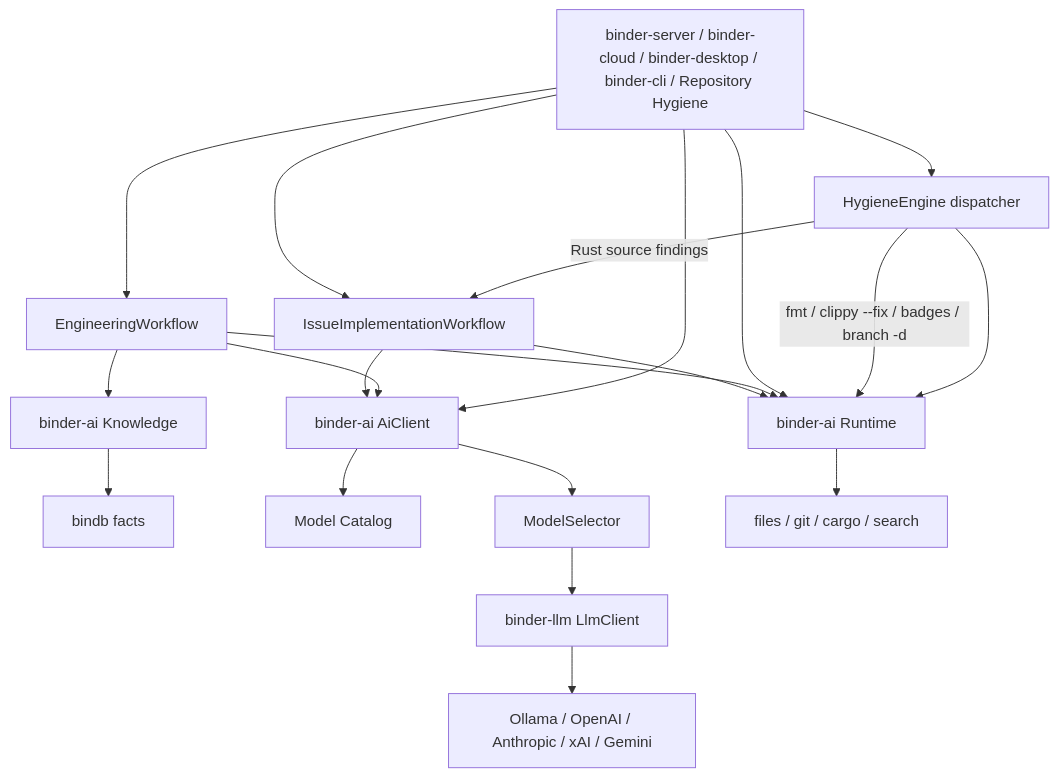
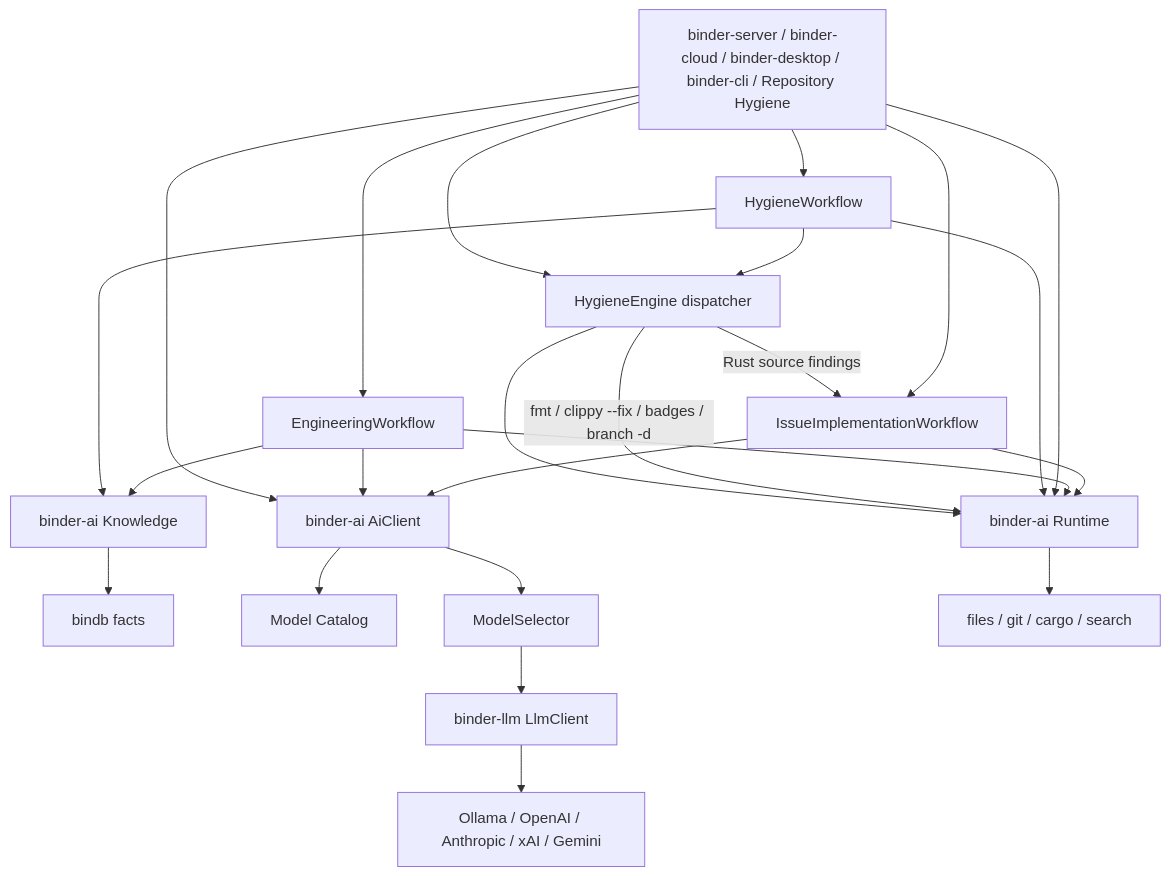
Before and after one commit to dpkimball/binder-ai: the diagram in docs/as-built/architecture.md, drawn with Mermaid. The commit also changed other lines of this file and 20 other files, not shown here.

````diff
--- a/docs/as-built/architecture.md
+++ b/docs/as-built/architecture.md
@@ -5,35 +5,40 @@
 ```mermaid
 flowchart TD
   apps["binder-server / binder-cloud / binder-desktop / binder-cli / Repository Hygiene"]
   ai["binder-ai AiClient"]
   runtime["binder-ai Runtime"]
   knowledge["binder-ai Knowledge"]
   bindb["bindb facts"]
   hygiene["HygieneEngine dispatcher"]
+  hygieneWf["HygieneWorkflow"]
   wf["IssueImplementationWorkflow"]
   eng["EngineeringWorkflow"]
   catalog["Model Catalog"]
   selector["ModelSelector"]
   llm["binder-llm LlmClient"]
   providers["Ollama / OpenAI / Anthropic / xAI / Gemini"]
   env["files / git / cargo / search"]
   apps --> hygiene
   hygiene --> runtime
   hygiene -->|"Rust source findings"| wf
   hygiene -->|"fmt / clippy --fix / badges / branch -d"| runtime
+  apps --> hygieneWf
+  hygieneWf --> knowledge
+  hygieneWf --> hygiene
+  hygieneWf --> runtime
   apps --> ai
   apps --> runtime
   apps --> wf
   apps --> eng
   eng --> knowledge
   knowledge --> bindb
   eng --> ai
   eng --> runtime
   wf --> ai
   wf --> runtime
   ai --> catalog
   ai --> selector
   selector --> llm
   llm --> providers
   runtime --> env
 ```
````
